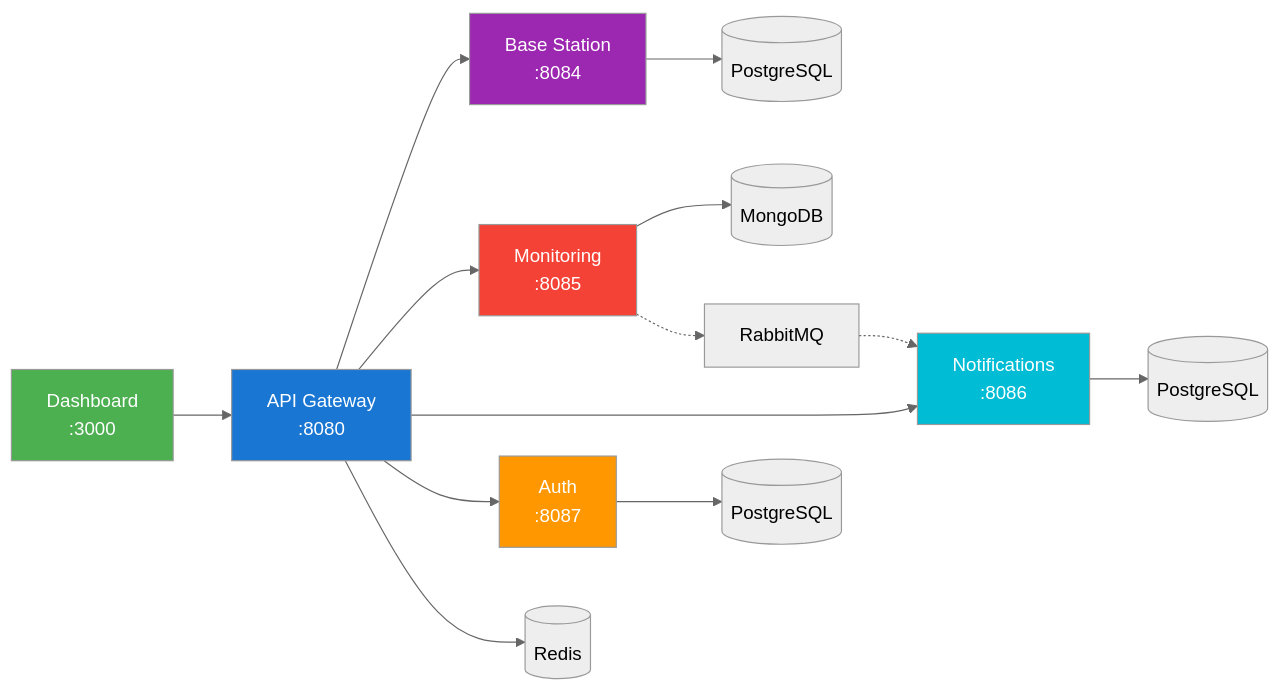
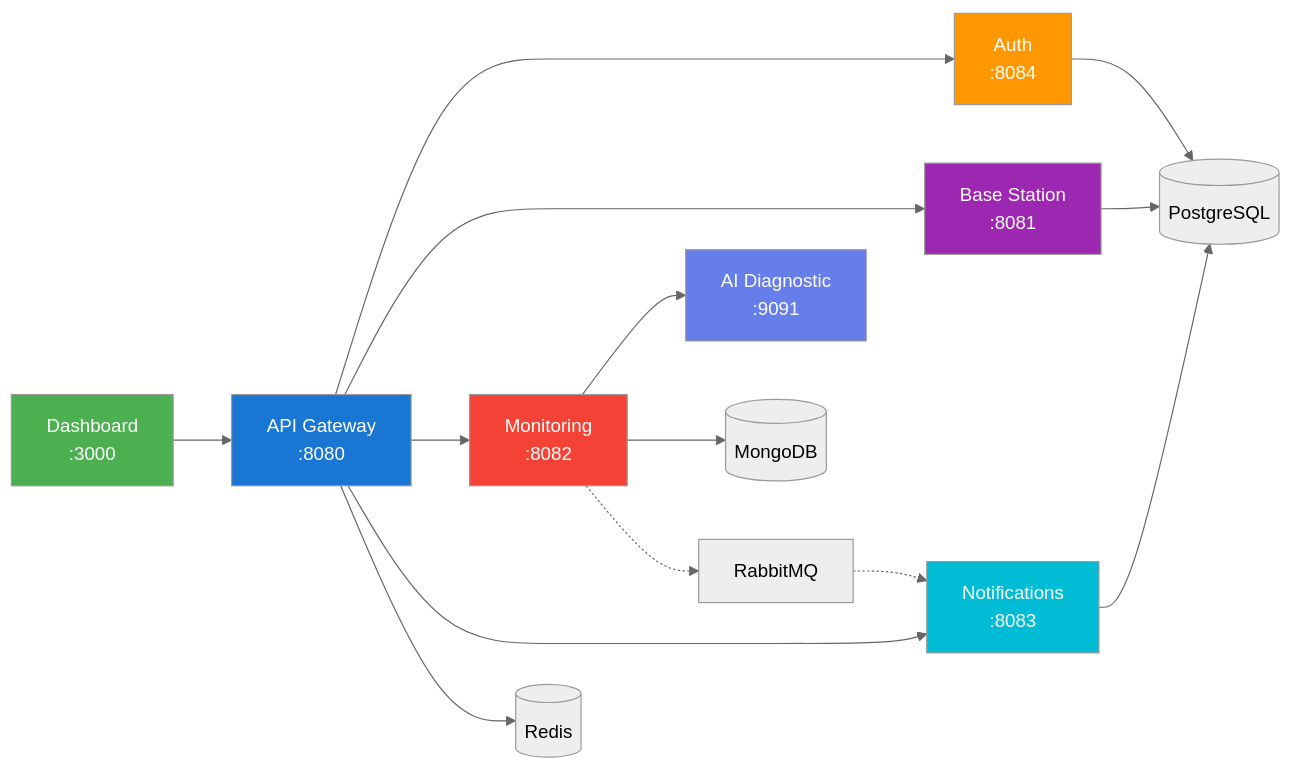
The diagram in docs/ARCHITECTURE.md (ErselSeyit/base-station-platform), drawn with Mermaid (neutral theme) before and after one commit. The commit also changed other lines of this file and 121 other files, not shown here.

````diff
--- a/docs/ARCHITECTURE.md
+++ b/docs/ARCHITECTURE.md
@@ -5,28 +5,31 @@
 ```mermaid
 graph LR
     Client[Dashboard<br/>:3000]
     GW[API Gateway<br/>:8080]
 
     Client --> GW
 
-    GW --> BS[Base Station<br/>:8084]
-    GW --> MS[Monitoring<br/>:8085]
-    GW --> NS[Notifications<br/>:8086]
-    GW --> AS[Auth<br/>:8087]
+    GW --> AS[Auth<br/>:8084]
+    GW --> BS[Base Station<br/>:8081]
+    GW --> MS[Monitoring<br/>:8082]
+    GW --> NS[Notifications<br/>:8083]
 
-    BS --> PG1[(PostgreSQL)]
+    MS --> AI[AI Diagnostic<br/>:9091]
+
+    BS --> PG[(PostgreSQL)]
+    AS --> PG
+    NS --> PG
     MS --> MDB[(MongoDB)]
-    NS --> PG2[(PostgreSQL)]
-    AS --> PG3[(PostgreSQL)]
 
     GW --> Redis[(Redis)]
     MS -.-> RMQ[RabbitMQ]
     RMQ -.-> NS
 
     style GW fill:#1976d2,color:#fff
     style Client fill:#4caf50,color:#fff
     style BS fill:#9c27b0,color:#fff
     style MS fill:#f44336,color:#fff
     style NS fill:#00bcd4,color:#fff
     style AS fill:#ff9800,color:#fff
+    style AI fill:#667eea,color:#fff
 ```
````
